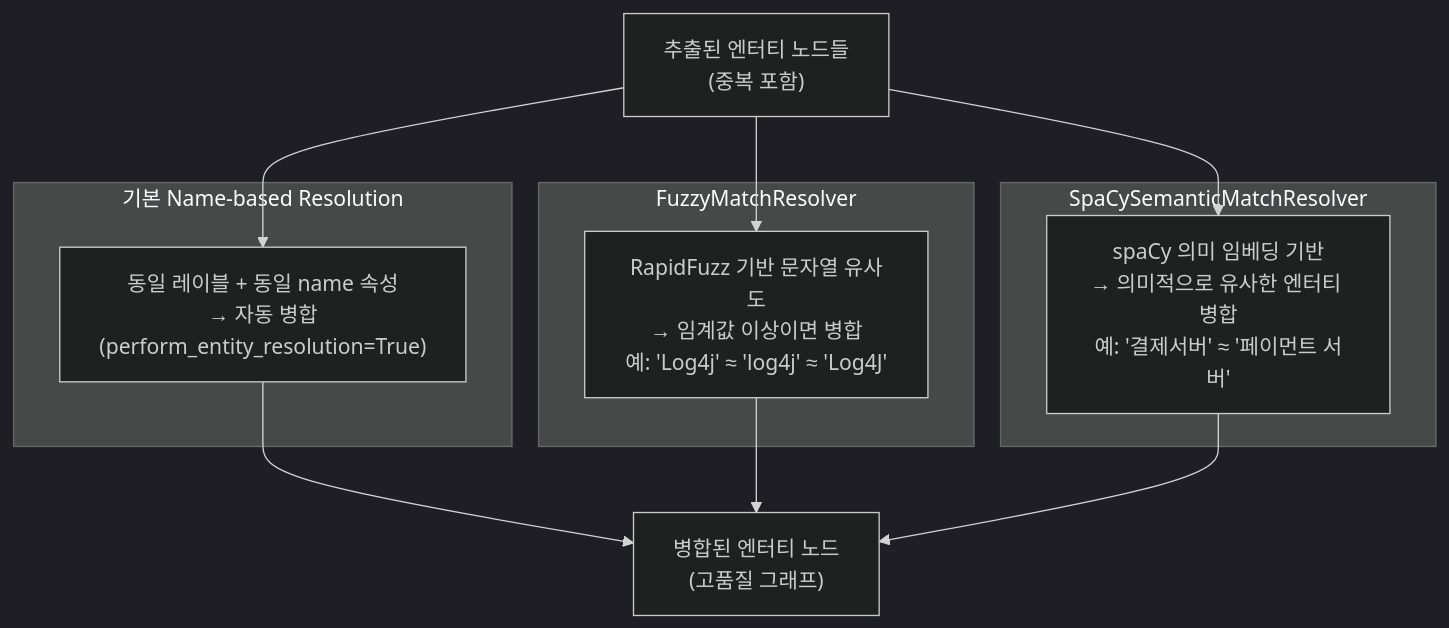
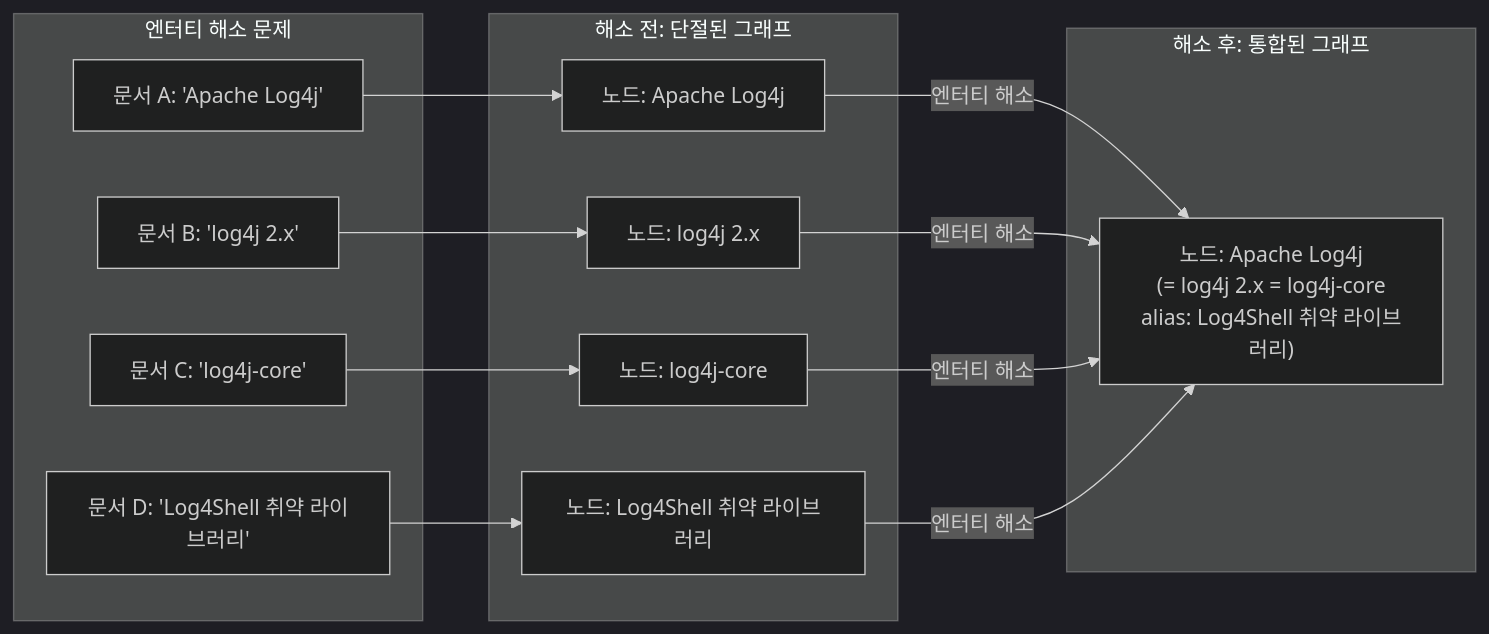
The sixth of 8 diagrams in _posts/2026-05-11-rag-기술-아키텍처-세미나-‐-(3)-knowledge‐based-graphrag-심화-이해.md (k82022603/k82022603.github.io), drawn with Mermaid (dark theme) before and after one commit. The commit also changed other lines of this file and 5 other files, not shown here.

````diff
--- a/_posts/2026-05-11-rag-기술-아키텍처-세미나-‐-(3)-knowledge‐based-graphrag-심화-이해.md
+++ b/_posts/2026-05-11-rag-기술-아키텍처-세미나-‐-(3)-knowledge‐based-graphrag-심화-이해.md
@@ -340,24 +384,27 @@
 ```mermaid
-flowchart TD
-    RAW["추출된 엔터티 노드들\n(중복 포함)"]
-
-    subgraph R1["기본 Name-based Resolution"]
-        NB["동일 레이블 + 동일 name 속성\n→ 자동 병합\n(perform_entity_resolution=True)"]
+flowchart LR
+    subgraph 문제["엔터티 해소 문제"]
+        D1["문서 A: 'Apache Log4j'"]
+        D2["문서 B: 'log4j 2.x'"]
+        D3["문서 C: 'log4j-core'"]
+        D4["문서 D: 'Log4Shell 취약 라이브러리'"]
     end
 
-    subgraph R2["FuzzyMatchResolver"]
-        FM["RapidFuzz 기반 문자열 유사도\n→ 임계값 이상이면 병합\n예: 'Log4j' ≈ 'log4j' ≈ 'Log4J'"]
+    subgraph 해소 전["해소 전: 단절된 그래프"]
+        N1["노드: Apache Log4j"]
+        N2["노드: log4j 2.x"]
+        N3["노드: log4j-core"]
+        N4["노드: Log4Shell 취약 라이브러리"]
     end
 
-    subgraph R3["SpaCySemanticMatchResolver"]
-        SM["spaCy 의미 임베딩 기반\n→ 의미적으로 유사한 엔터티 병합\n예: '결제서버' ≈ '페이먼트 서버'"]
+    subgraph 해소 후["해소 후: 통합된 그래프"]
+        N5["노드: Apache Log4j\n(= log4j 2.x = log4j-core\nalias: Log4Shell 취약 라이브러리)"]
     end
 
-    RAW --> NB
-    RAW --> FM
-    RAW --> SM
+    D1 --> N1
+    D2 --> N2
+    D3 --> N3
+    D4 --> N4
 
-    NB --> MERGED["병합된 엔터티 노드\n(고품질 그래프)"]
-    FM --> MERGED
-    SM --> MERGED
+    N1 & N2 & N3 & N4 --> |"엔터티 해소"| N5
 ```
````
